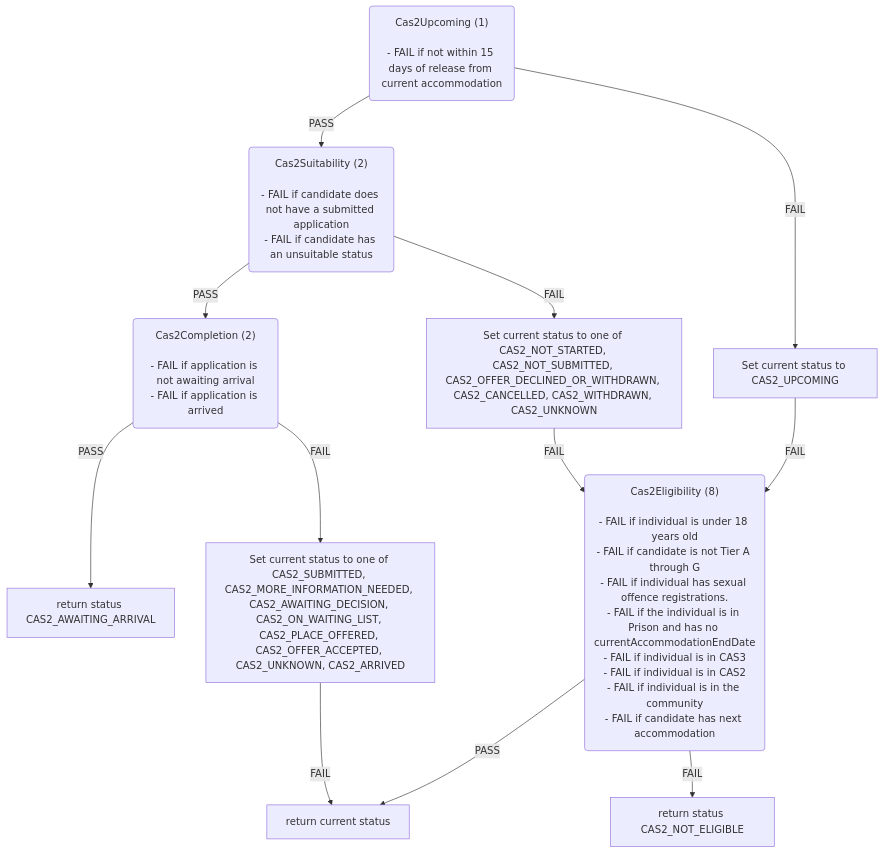
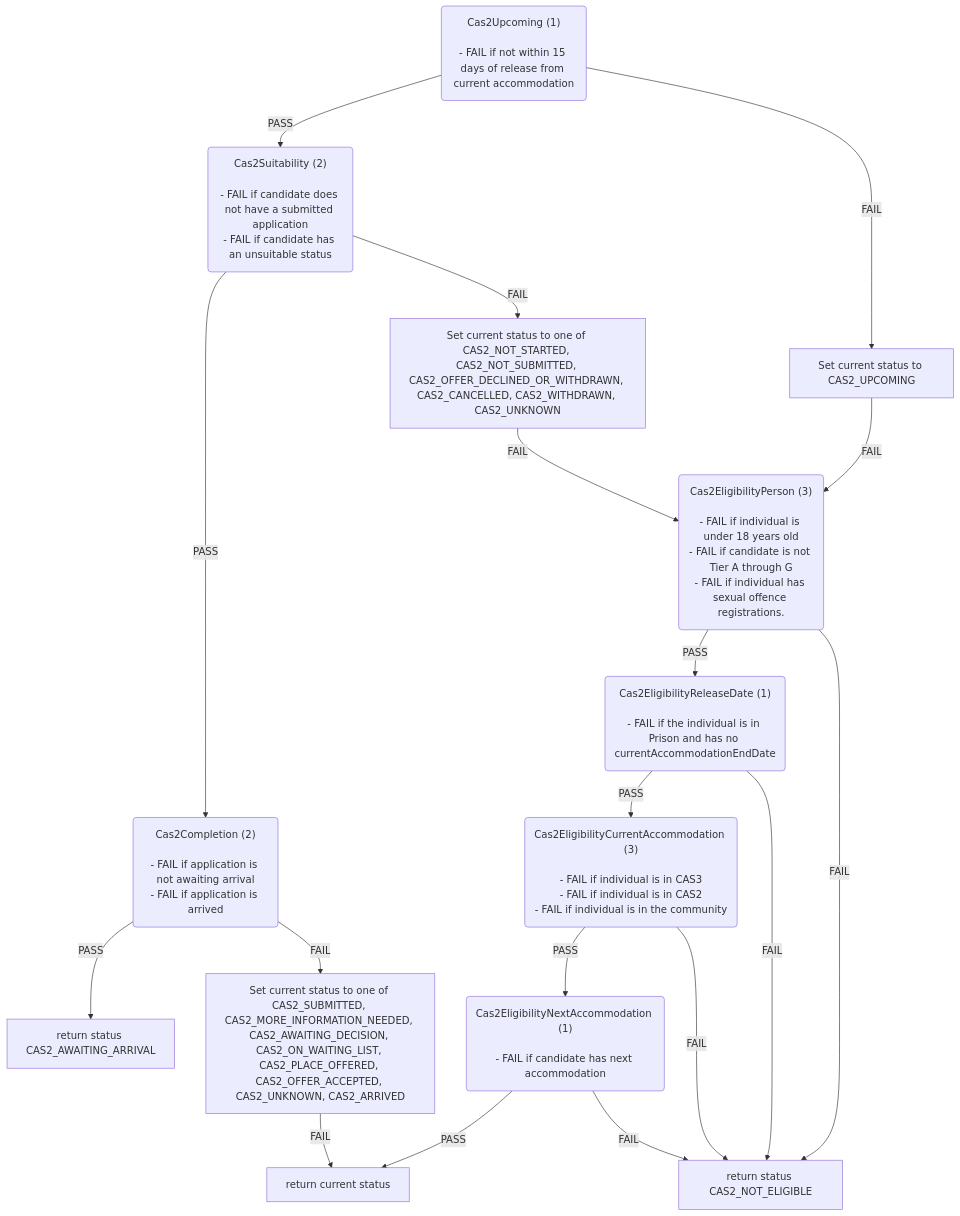
The second of 6 diagrams in docs/eligibility-rules-graph.md (ministryofjustice/hmpps-single-accommodation-service-api), drawn with Mermaid before and after one commit. The commit also changed other lines of this file and 24 other files, not shown here.

````diff
--- a/docs/eligibility-rules-graph.md
+++ b/docs/eligibility-rules-graph.md
@@ -104,41 +104,53 @@
 ```mermaid
 flowchart TD
   Cas2Upcoming("Cas2Upcoming (1)
 
 - FAIL if not within 15 days of release from current accommodation")
   Cas2Suitability("Cas2Suitability (2)
 
 - FAIL if candidate does not have a submitted application
 - FAIL if candidate has an unsuitable status")
   Cas2Completion("Cas2Completion (2)
 
 - FAIL if application is not awaiting arrival
 - FAIL if application is arrived")
   return_status_CAS2_AWAITING_ARRIVAL["return status CAS2_AWAITING_ARRIVAL"]
   Set_current_status_to_one_of_CAS2_SUBMITTED__CAS2_MORE_INFORMATION_NEEDED__CAS2_AWAITING_DECISION__CAS2_ON_WAITING_LIST__CAS2_PLACE_OFFERED__CAS2_OFFER_ACCEPTED__CAS2_UNKNOWN__CAS2_ARRIVED["Set current status to one of CAS2_SUBMITTED, CAS2_MORE_INFORMATION_NEEDED, CAS2_AWAITING_DECISION, CAS2_ON_WAITING_LIST, CAS2_PLACE_OFFERED, CAS2_OFFER_ACCEPTED, CAS2_UNKNOWN, CAS2_ARRIVED"]
   return_current_status["return current status"]
   Set_current_status_to_one_of_CAS2_NOT_STARTED__CAS2_NOT_SUBMITTED__CAS2_OFFER_DECLINED_OR_WITHDRAWN__CAS2_CANCELLED__CAS2_WITHDRAWN__CAS2_UNKNOWN["Set current status to one of CAS2_NOT_STARTED, CAS2_NOT_SUBMITTED, CAS2_OFFER_DECLINED_OR_WITHDRAWN, CAS2_CANCELLED, CAS2_WITHDRAWN, CAS2_UNKNOWN"]
-  Cas2Eligibility("Cas2Eligibility (8)
+  Cas2EligibilityPerson("Cas2EligibilityPerson (3)
 
 - FAIL if individual is under 18 years old
 - FAIL if candidate is not Tier A through G
-- FAIL if individual has sexual offence registrations.
-- FAIL if the individual is in Prison and has no currentAccommodationEndDate
+- FAIL if individual has sexual offence registrations.")
+  Cas2EligibilityReleaseDate("Cas2EligibilityReleaseDate (1)
+
+- FAIL if the individual is in Prison and has no currentAccommodationEndDate")
+  Cas2EligibilityCurrentAccommodation("Cas2EligibilityCurrentAccommodation (3)
+
 - FAIL if individual is in CAS3
 - FAIL if individual is in CAS2
-- FAIL if individual is in the community
+- FAIL if individual is in the community")
+  Cas2EligibilityNextAccommodation("Cas2EligibilityNextAccommodation (1)
+
 - FAIL if candidate has next accommodation")
   return_status_CAS2_NOT_ELIGIBLE["return status CAS2_NOT_ELIGIBLE"]
   Set_current_status_to_CAS2_UPCOMING["Set current status to CAS2_UPCOMING"]
   Cas2Completion -->|PASS| return_status_CAS2_AWAITING_ARRIVAL
   Cas2Completion -->|FAIL| Set_current_status_to_one_of_CAS2_SUBMITTED__CAS2_MORE_INFORMATION_NEEDED__CAS2_AWAITING_DECISION__CAS2_ON_WAITING_LIST__CAS2_PLACE_OFFERED__CAS2_OFFER_ACCEPTED__CAS2_UNKNOWN__CAS2_ARRIVED
   Set_current_status_to_one_of_CAS2_SUBMITTED__CAS2_MORE_INFORMATION_NEEDED__CAS2_AWAITING_DECISION__CAS2_ON_WAITING_LIST__CAS2_PLACE_OFFERED__CAS2_OFFER_ACCEPTED__CAS2_UNKNOWN__CAS2_ARRIVED -->|FAIL| return_current_status
   Cas2Suitability -->|PASS| Cas2Completion
   Cas2Suitability -->|FAIL| Set_current_status_to_one_of_CAS2_NOT_STARTED__CAS2_NOT_SUBMITTED__CAS2_OFFER_DECLINED_OR_WITHDRAWN__CAS2_CANCELLED__CAS2_WITHDRAWN__CAS2_UNKNOWN
-  Cas2Eligibility -->|PASS| return_current_status
-  Cas2Eligibility -->|FAIL| return_status_CAS2_NOT_ELIGIBLE
-  Set_current_status_to_one_of_CAS2_NOT_STARTED__CAS2_NOT_SUBMITTED__CAS2_OFFER_DECLINED_OR_WITHDRAWN__CAS2_CANCELLED__CAS2_WITHDRAWN__CAS2_UNKNOWN -->|FAIL| Cas2Eligibility
+  Cas2EligibilityNextAccommodation -->|PASS| return_current_status
+  Cas2EligibilityNextAccommodation -->|FAIL| return_status_CAS2_NOT_ELIGIBLE
+  Cas2EligibilityCurrentAccommodation -->|PASS| Cas2EligibilityNextAccommodation
+  Cas2EligibilityCurrentAccommodation -->|FAIL| return_status_CAS2_NOT_ELIGIBLE
+  Cas2EligibilityReleaseDate -->|PASS| Cas2EligibilityCurrentAccommodation
+  Cas2EligibilityReleaseDate -->|FAIL| return_status_CAS2_NOT_ELIGIBLE
+  Cas2EligibilityPerson -->|PASS| Cas2EligibilityReleaseDate
+  Cas2EligibilityPerson -->|FAIL| return_status_CAS2_NOT_ELIGIBLE
+  Set_current_status_to_one_of_CAS2_NOT_STARTED__CAS2_NOT_SUBMITTED__CAS2_OFFER_DECLINED_OR_WITHDRAWN__CAS2_CANCELLED__CAS2_WITHDRAWN__CAS2_UNKNOWN -->|FAIL| Cas2EligibilityPerson
   Cas2Upcoming -->|PASS| Cas2Suitability
   Cas2Upcoming -->|FAIL| Set_current_status_to_CAS2_UPCOMING
-  Set_current_status_to_CAS2_UPCOMING -->|FAIL| Cas2Eligibility
+  Set_current_status_to_CAS2_UPCOMING -->|FAIL| Cas2EligibilityPerson
 ```
````
